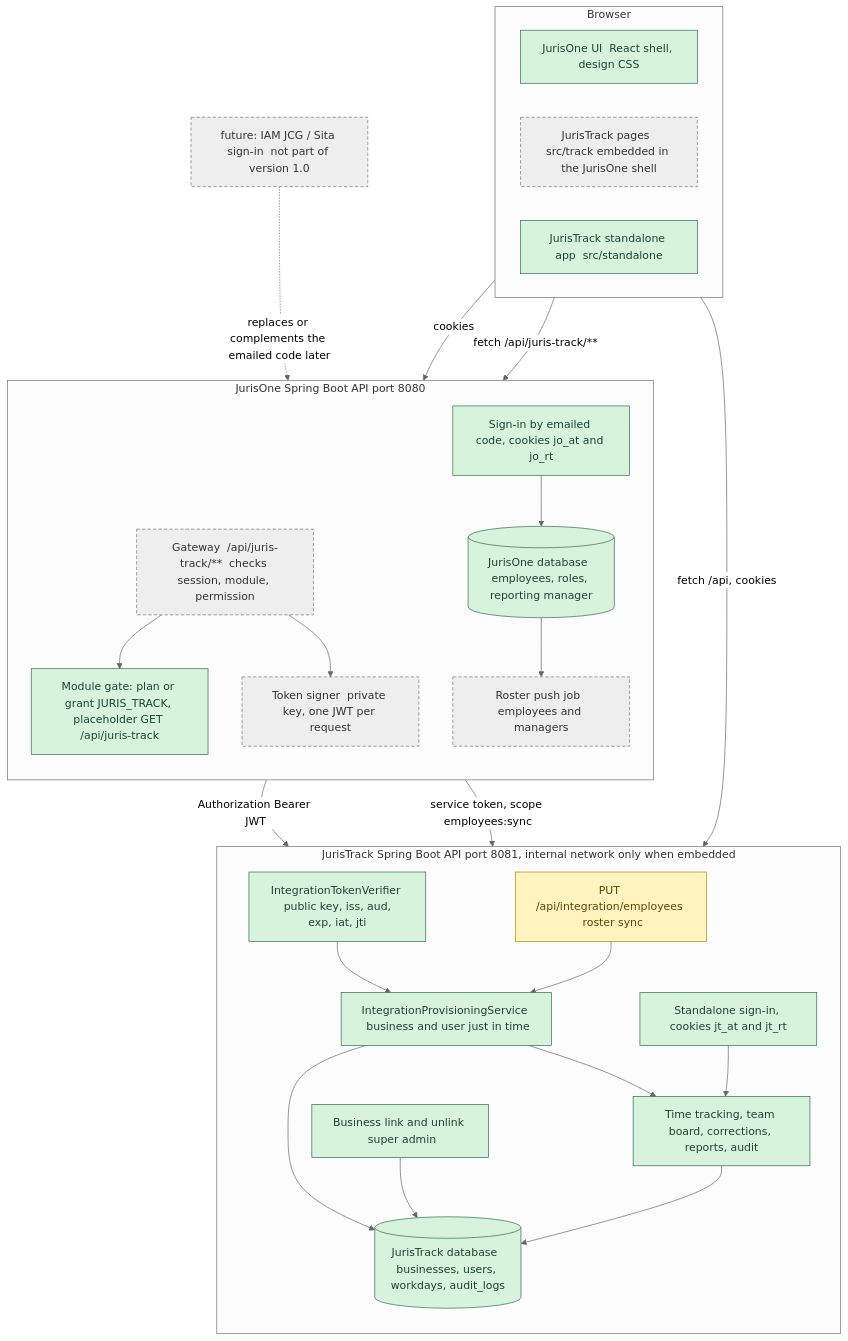
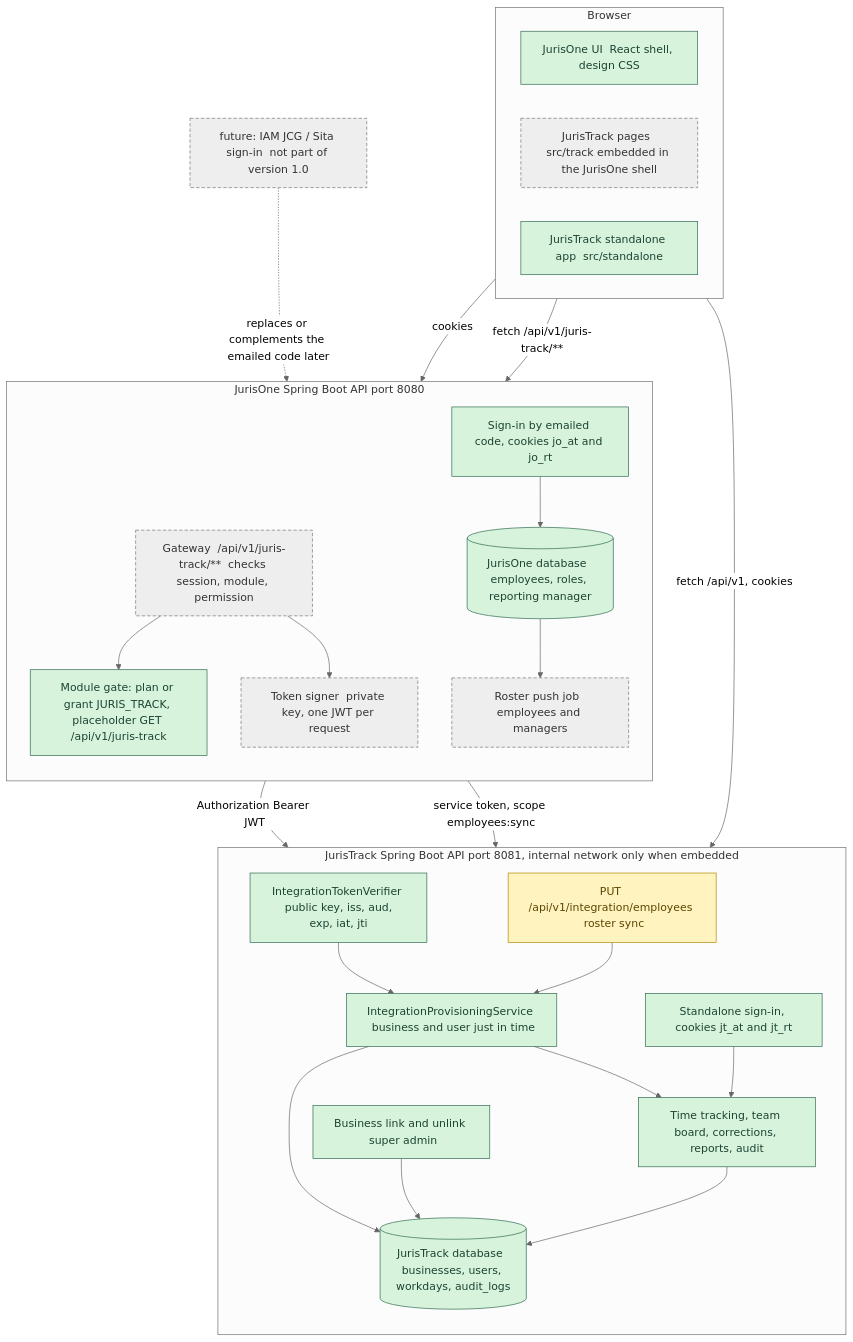
The second of 6 diagrams in references/FLOW-JurisTrack-JurisOne-Connection.md (amitjurislpo/juris-track), drawn with Mermaid (neutral theme) before and after one commit. The commit also changed other lines of this file and 100 other files, not shown here.

````diff
--- a/references/FLOW-JurisTrack-JurisOne-Connection.md
+++ b/references/FLOW-JurisTrack-JurisOne-Connection.md
@@ -41,54 +41,54 @@
 ```mermaid
 flowchart TB
     subgraph BROWSER["Browser"]
         direction LR
         UI1["JurisOne UI  React shell, design CSS"]:::built
         UI2["JurisTrack pages  src/track embedded in the JurisOne shell"]:::planned
         UI3["JurisTrack standalone app  src/standalone"]:::built
     end
 
     subgraph JO["JurisOne  Spring Boot  API port 8080"]
         direction TB
         JOAUTH["Sign-in by emailed code, cookies jo_at and jo_rt"]:::built
-        JOGATE["Module gate: plan or grant JURIS_TRACK, placeholder GET /api/juris-track"]:::built
-        GW["Gateway  /api/juris-track/**  checks session, module, permission"]:::planned
+        JOGATE["Module gate: plan or grant JURIS_TRACK, placeholder GET /api/v1/juris-track"]:::built
+        GW["Gateway  /api/v1/juris-track/**  checks session, module, permission"]:::planned
         SIGN["Token signer  private key, one JWT per request"]:::planned
         ROSTERPUSH["Roster push job  employees and managers"]:::planned
         JODB[("JurisOne database  employees, roles, reporting manager")]:::built
     end
 
     subgraph JT["JurisTrack  Spring Boot  API port 8081, internal network only when embedded"]
         direction TB
         VERIFY["IntegrationTokenVerifier  public key, iss, aud, exp, iat, jti"]:::built
         PROV["IntegrationProvisioningService  business and user just in time"]:::built
         LINK["Business link and unlink  super admin"]:::built
-        ROSTERAPI["PUT /api/integration/employees  roster sync"]:::specified
+        ROSTERAPI["PUT /api/v1/integration/employees  roster sync"]:::specified
         TRACKAUTH["Standalone sign-in, cookies jt_at and jt_rt"]:::built
         CORE["Time tracking, team board, corrections, reports, audit"]:::built
         JTDB[("JurisTrack database  businesses, users, workdays, audit_logs")]:::built
     end
 
     FUTURE["future: IAM JCG / Sita sign-in  not part of version 1.0"]:::planned
 
     UI1 -->|"cookies"| JOAUTH
-    UI2 -->|"fetch /api/juris-track/**"| GW
-    UI3 -->|"fetch /api, cookies"| TRACKAUTH
+    UI2 -->|"fetch /api/v1/juris-track/**"| GW
+    UI3 -->|"fetch /api/v1, cookies"| TRACKAUTH
     JOAUTH --> JODB
     GW --> JOGATE
     GW --> SIGN
     SIGN -->|"Authorization Bearer JWT"| VERIFY
     ROSTERPUSH -->|"service token, scope employees:sync"| ROSTERAPI
     JODB --> ROSTERPUSH
     VERIFY --> PROV
     PROV --> CORE
     ROSTERAPI --> PROV
     TRACKAUTH --> CORE
     LINK --> JTDB
     CORE --> JTDB
     PROV --> JTDB
     FUTURE -.->|"replaces or complements the emailed code later"| JOAUTH
 
     classDef built fill:#d8f3dc,stroke:#2d6a4f,color:#1b4332
     classDef specified fill:#fff3bf,stroke:#b08900,color:#5c4500
     classDef planned fill:#eeeeee,stroke:#777777,color:#333333,stroke-dasharray: 5 3
 ```
````
